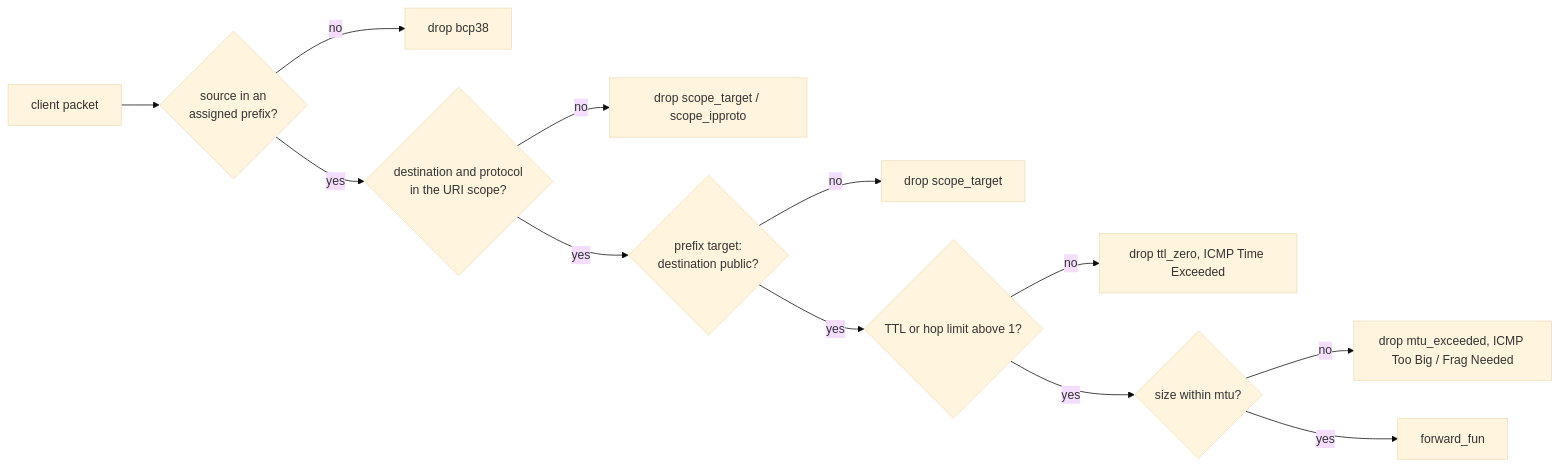
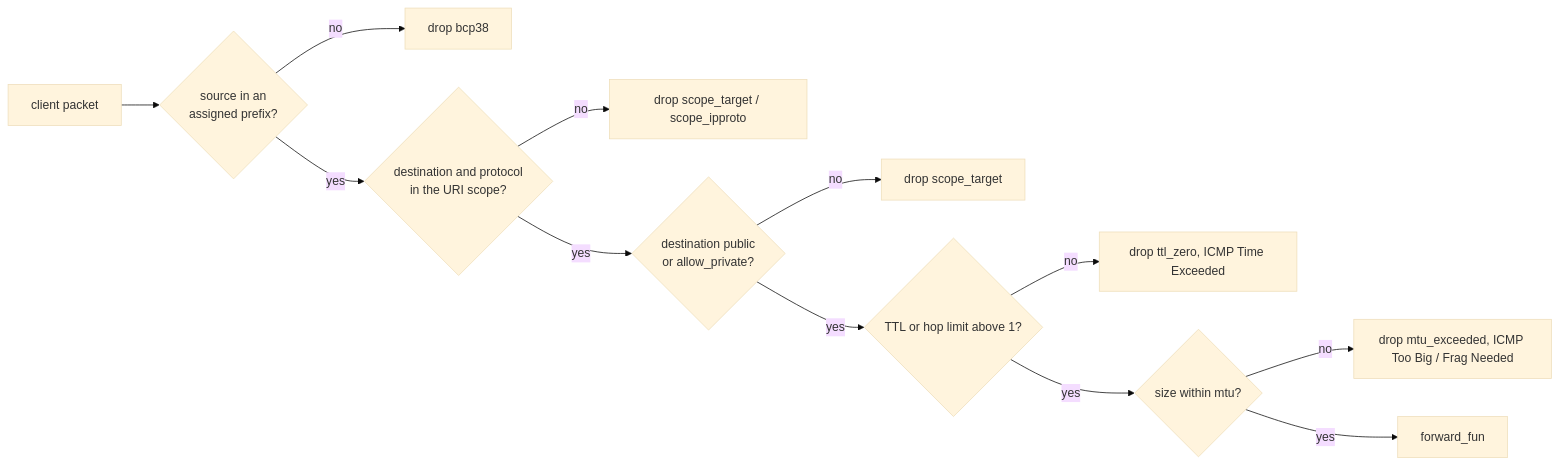
The diagram in docs/3-change/connect-ip-internals.md (benoitc/erlang_masque), drawn with Mermaid (base theme) before and after one commit. The commit also changed other lines of this file and 13 other files, not shown here.

````diff
--- a/docs/3-change/connect-ip-internals.md
+++ b/docs/3-change/connect-ip-internals.md
@@ -54,14 +55,14 @@
 ```mermaid
 flowchart LR
   P[client packet] --> SRC{source in an<br/>assigned prefix?}
   SRC -- no --> D1[drop bcp38]
   SRC -- yes --> SC{destination and protocol<br/>in the URI scope?}
   SC -- no --> D2[drop scope_target / scope_ipproto]
-  SC -- yes --> DST{prefix target:<br/>destination public?}
+  SC -- yes --> DST{destination public<br/>or allow_private?}
   DST -- no --> D3[drop scope_target]
   DST -- yes --> TTL{TTL or hop limit above 1?}
   TTL -- no --> I1[drop ttl_zero, ICMP Time Exceeded]
   TTL -- yes --> MTU{size within mtu?}
   MTU -- no --> I2[drop mtu_exceeded, ICMP Too Big / Frag Needed]
   MTU -- yes --> F[forward_fun]
 ```
````
